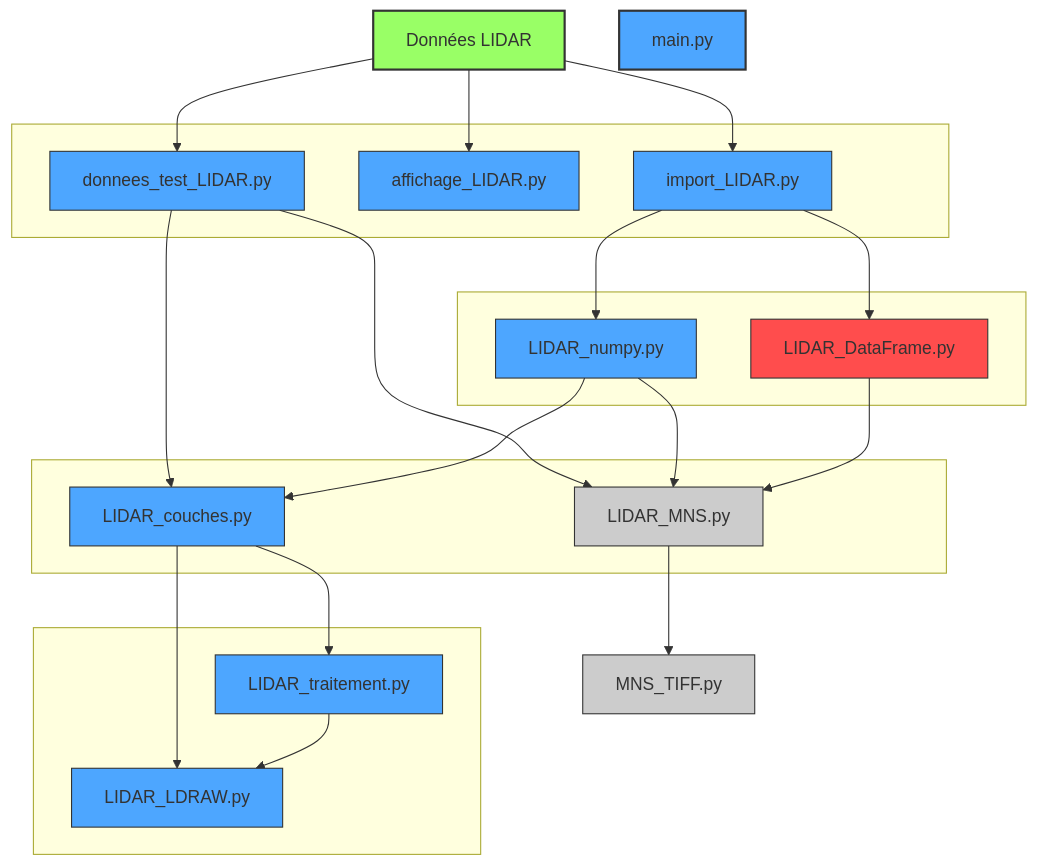
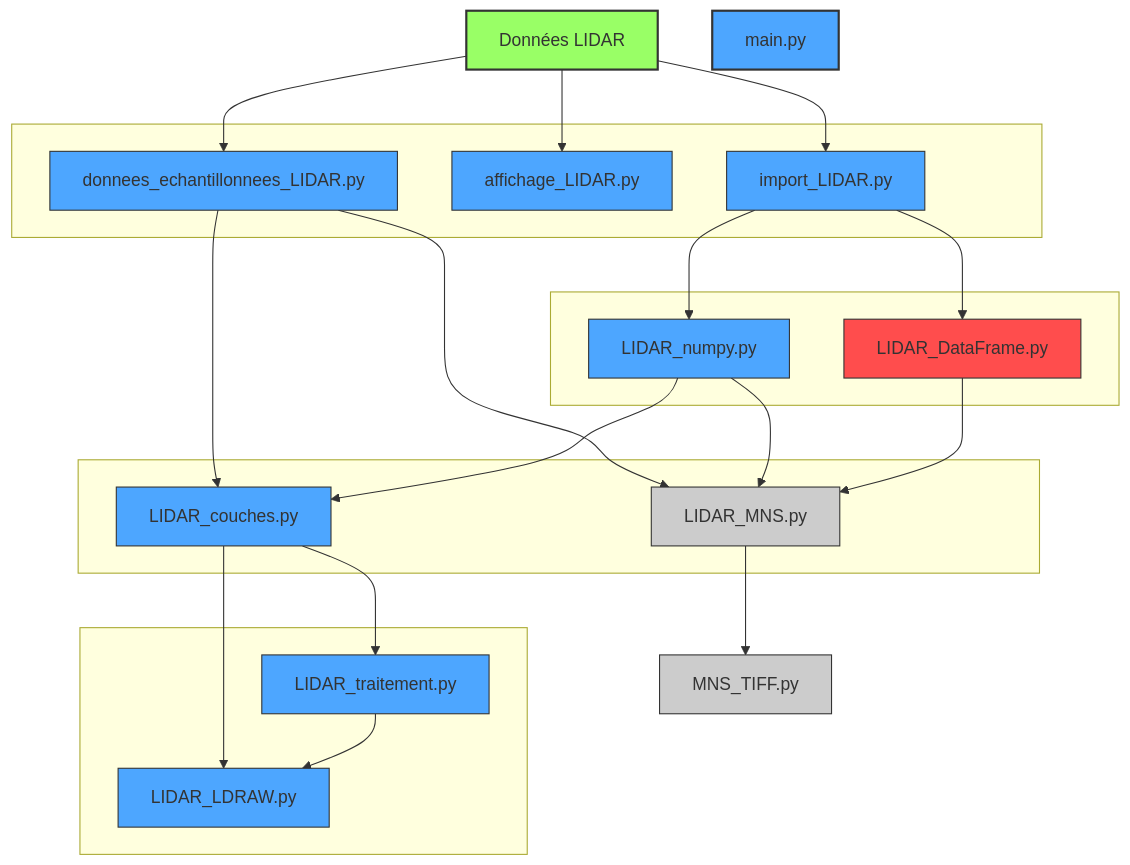
One commit to DanQue69/LEGO_Master changed the diagram in Workflow.md. Above: the diagram before and after it, drawn with Mermaid.

Commit message:
Rename LIDAR test file to echantillonnees

````diff
--- a/Workflow.md
+++ b/Workflow.md
@@ -1,62 +1,62 @@
 ```mermaid 
 graph TD;
 
 A[Données LIDAR]
 
 subgraph L1[" "]
-    B[donnees_test_LIDAR.py]
+    B[donnees_echantillonnees_LIDAR.py]
     C[affichage_LIDAR.py]
     D[import_LIDAR.py]
 end
 
 subgraph L2[" "]
     E[LIDAR_numpy.py]
     F[LIDAR_DataFrame.py]
 end
 
 subgraph L3[" "]
     G[LIDAR_MNS.py]
     I[LIDAR_couches.py]
 end
 
 subgraph L4[" "]
     J[LIDAR_LDRAW.py]
     K[LIDAR_traitement.py]
 end
 
 H[MNS_TIFF.py]
 M[main.py]
 
 A --> B
 A --> C
 A --> D
 D --> E
 D --> F
 B --> G
 E --> G
 F --> G
 B --> I
 E --> I
 I --> J
 I --> K
 K --> J
 G --> H
 
 
 %% Styles des couleurs
 style A fill:#9f6,stroke:#333,stroke-width:2px        
 style B fill:#4da6ff,stroke:#333,stroke-width:1px    
 style C fill:#4da6ff,stroke:#333,stroke-width:1px      
 style D fill:#4da6ff,stroke:#333,stroke-width:1px   
 style E fill:#4da6ff,stroke:#333,stroke-width:1px    
 style F fill:#ff4d4d,stroke:#333,stroke-width:1px    
 style G fill:#ccc,stroke:#333,stroke-width:1px       
 style H fill:#ccc,stroke:#333,stroke-width:1px       
 style I fill:#4da6ff,stroke:#333,stroke-width:1px   
 style J fill:#4da6ff,stroke:#333,stroke-width:1px   
 style K fill:#4da6ff,stroke:#333,stroke-width:1px    
 style M fill:#4da6ff,stroke:#333,stroke-width:2px    
 
 
     
 ```
````
